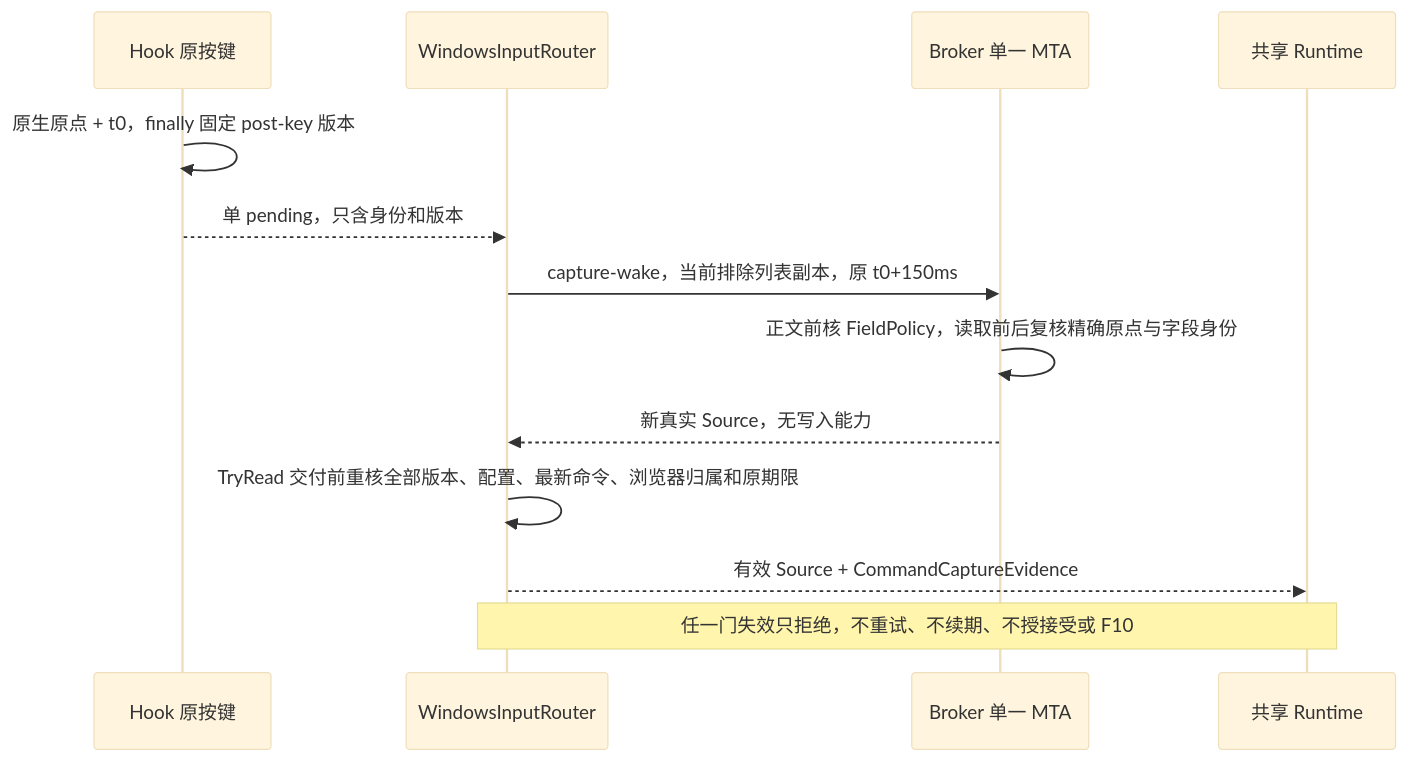
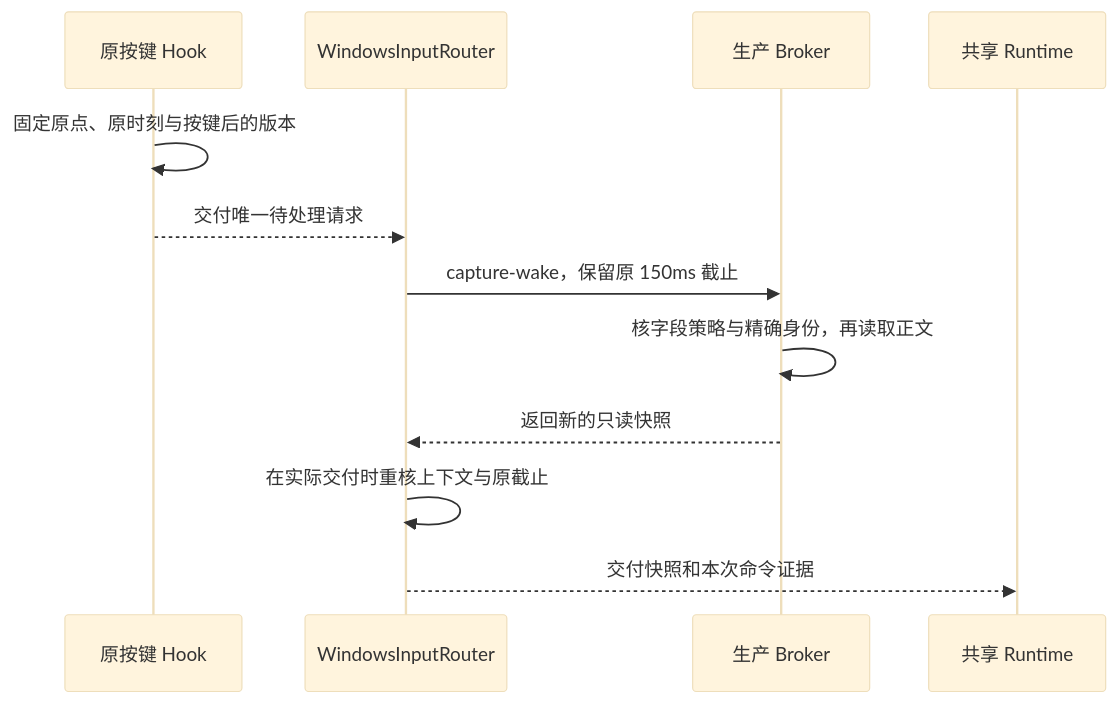
One commit to DingJWuyu/Typelay changed the diagram in docs/platforms/windows/architecture.md. Above: the diagram before and after it, drawn with Mermaid (base theme). The commit also changed other lines of this file and 24 other files, not shown here.

````diff
--- a/docs/platforms/windows/architecture.md
+++ b/docs/platforms/windows/architecture.md
@@ -49,15 +69,14 @@
 ```mermaid
 sequenceDiagram
-    participant K as Hook 原按键
+    participant K as 原按键 Hook
     participant R as WindowsInputRouter
-    participant B as Broker 单一 MTA
+    participant B as 生产 Broker
     participant C as 共享 Runtime
-    K->>K: 原生原点 + t0，finally 固定 post-key 版本
-    K-->>R: 单 pending，只含身份和版本
-    R->>B: capture-wake，当前排除列表副本，原 t0+150ms
-    B->>B: 正文前核 FieldPolicy，读取前后复核精确原点与字段身份
-    B-->>R: 新真实 Source，无写入能力
-    R->>R: TryRead 交付前重核全部版本、配置、最新命令、浏览器归属和原期限
-    R-->>C: 有效 Source + CommandCaptureEvidence
-    Note over R,C: 任一门失效只拒绝，不重试、不续期、不授接受或 F10
+    K->>K: 固定原点、原时刻与按键后的版本
+    K-->>R: 交付唯一待处理请求
+    R->>B: capture-wake，保留原 150ms 截止
+    B->>B: 核字段策略与精确身份，再读取正文
+    B-->>R: 返回新的只读快照
+    R->>R: 在实际交付时重核上下文与原截止
+    R-->>C: 交付快照和本次命令证据
 ```
````
